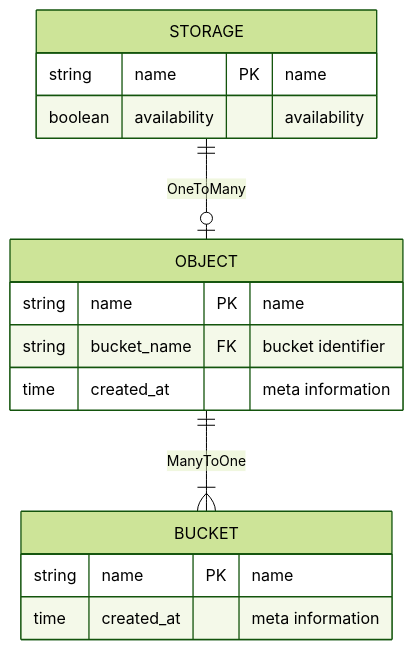
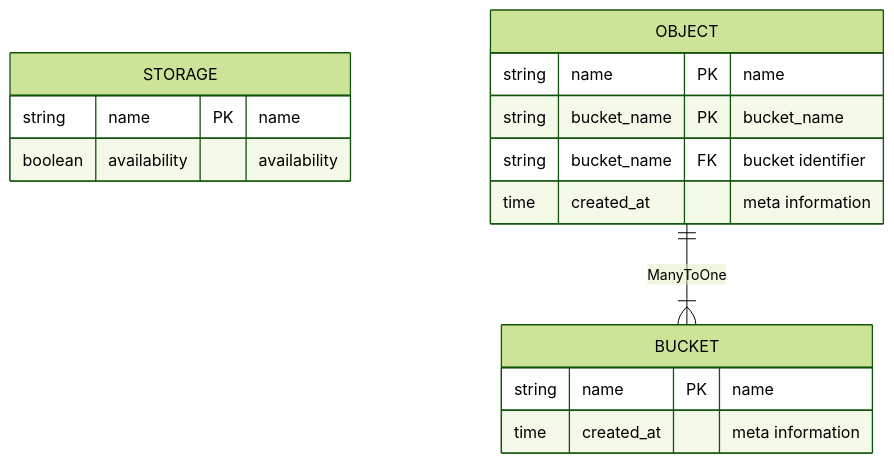
The second of 2 diagrams in design.md (sultanowskii/sos), drawn with Mermaid (forest theme) before and after one commit.

Commit message:
er diagrams change

````diff
--- a/design.md
+++ b/design.md
@@ -53,22 +53,21 @@
 ```mermaid
 erDiagram
     STORAGE {
         string name PK "name"
         boolean availability "availability"
     }
 
     OBJECT {
         string name PK "name"
+        string bucket_name PK "bucket_name"
         string bucket_name FK "bucket identifier"
         time created_at "meta information"
     }
 
     BUCKET {
         string name PK "name"
         time created_at "meta information"
     }
 
-
-    STORAGE ||--o| OBJECT : OneToMany
     OBJECT ||--|{ BUCKET : ManyToOne
 ```
````
